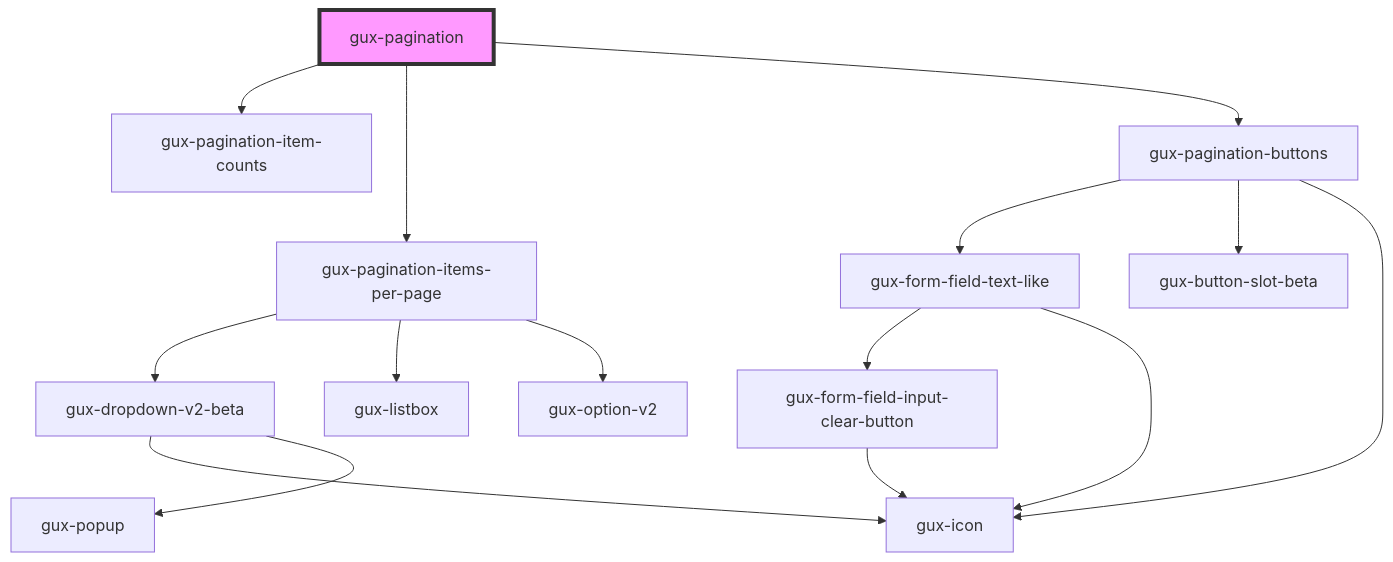
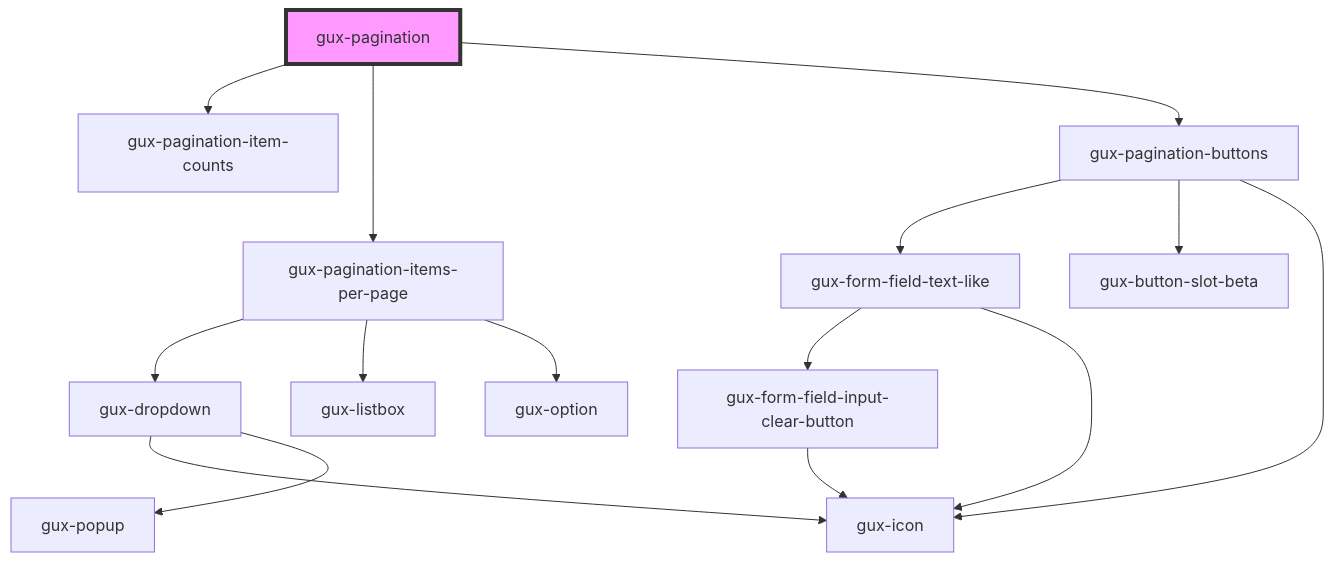
The diagram in src/components/stable/gux-pagination/readme.md (MyPureCloud/genesys-spark), drawn with Mermaid before and after one commit. The commit also changed 96 other files, not shown here.

````diff
--- a/src/components/stable/gux-pagination/readme.md
+++ b/src/components/stable/gux-pagination/readme.md
@@ -41,18 +41,18 @@
 ```mermaid
 graph TD;
   gux-pagination --> gux-pagination-item-counts
   gux-pagination --> gux-pagination-items-per-page
   gux-pagination --> gux-pagination-buttons
-  gux-pagination-items-per-page --> gux-dropdown-v2-beta
+  gux-pagination-items-per-page --> gux-dropdown
   gux-pagination-items-per-page --> gux-listbox
-  gux-pagination-items-per-page --> gux-option-v2
-  gux-dropdown-v2-beta --> gux-icon
-  gux-dropdown-v2-beta --> gux-popup
+  gux-pagination-items-per-page --> gux-option
+  gux-dropdown --> gux-icon
+  gux-dropdown --> gux-popup
   gux-pagination-buttons --> gux-form-field-text-like
   gux-pagination-buttons --> gux-button-slot-beta
   gux-pagination-buttons --> gux-icon
   gux-form-field-text-like --> gux-form-field-input-clear-button
   gux-form-field-text-like --> gux-icon
   gux-form-field-input-clear-button --> gux-icon
   style gux-pagination fill:#f9f,stroke:#333,stroke-width:4px
 ```
````
